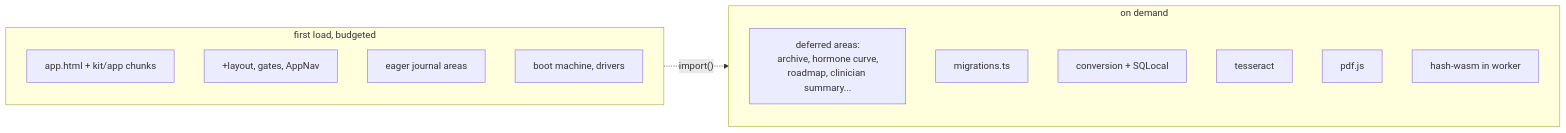
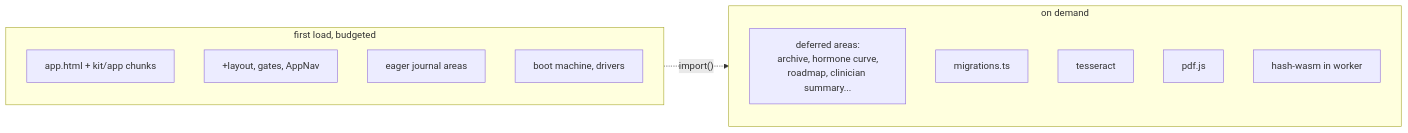
Before and after one commit to engender-app/engender: diagram 22 of 24 in docs/architecture.md, drawn with Mermaid. The commit also changed other lines of this file and 92 other files, not shown here.

````diff
--- a/docs/architecture.md
+++ b/docs/architecture.md
@@ -806,18 +802,17 @@
 ```mermaid
 flowchart LR
   subgraph First[first load, budgeted]
     Shell[app.html + kit/app chunks]
     Layout[+layout, gates, AppNav]
     JEager[eager journal areas]
     Boot[boot machine, drivers]
   end
   subgraph Later[on demand]
     Def[deferred areas:<br/>archive, hormone curve,<br/>roadmap, clinician summary...]
     Mig[migrations.ts]
-    Conv[conversion + SQLocal]
     OCR[tesseract]
     PDF[pdf.js]
     Argon[hash-wasm in worker]
   end
   First -. "import()" .-> Later
 ```
````
